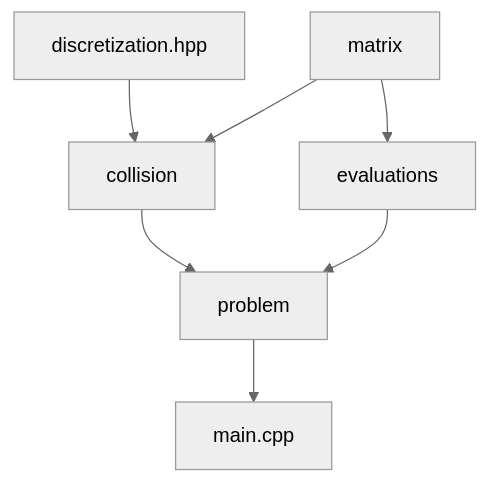
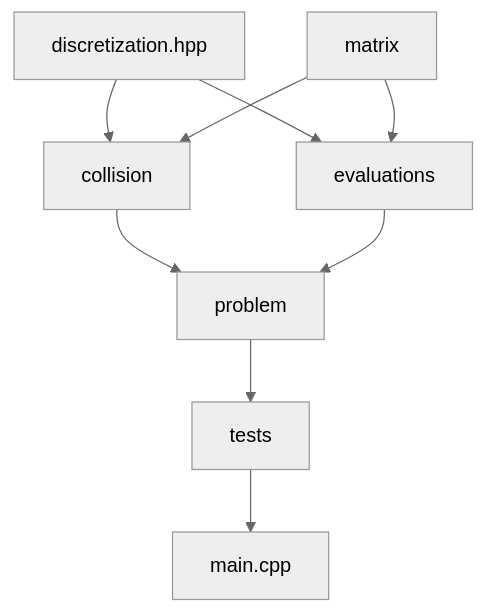
One commit to JeanPousset/UGKS-Implentation-Cpp changed the diagram in README.md. Above: the diagram before and after it, drawn with Mermaid (neutral theme). The commit also changed other lines of this file and 18 other files, not shown here.

````diff
--- a/README.md
+++ b/README.md
@@ -11,13 +11,11 @@
 ```mermaid
-graph TD;
- B[problem]--> A[main.cpp];
+graph TD; 
+ Z[tests] --> A[main.cpp];
+ B[problem]--> Z;
  C[collision] --> B;
  D[evaluations] --> B;
  E[discretization.hpp] --> C;
+ E --> D;
  F[matrix] --> C;
  F[matrix] --> D;
-
- 
- 
- 
 ```
````
